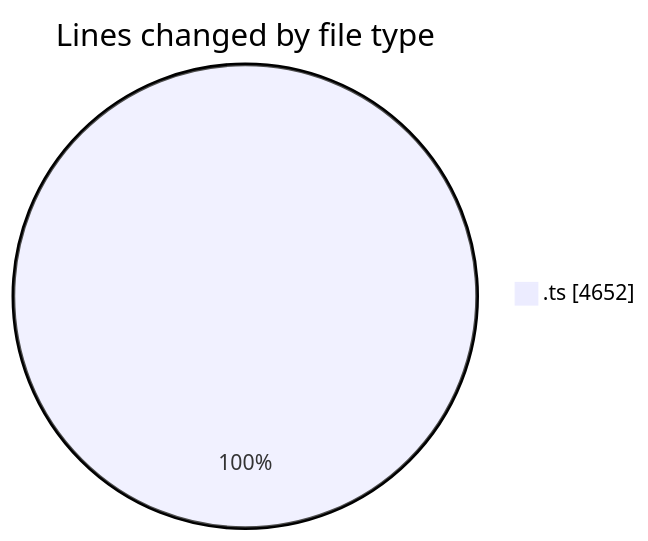
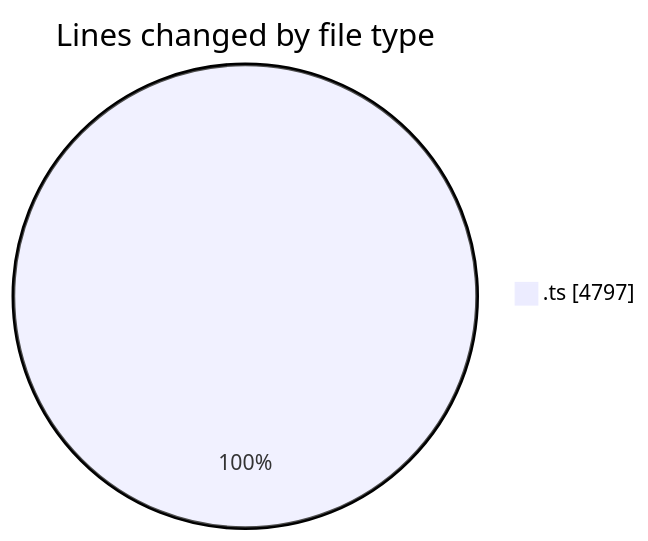
One commit to momahboobian/code-tracking changed the first of 2 diagrams in 2025-06-24/cda/README.md. Above: the diagram before and after it, drawn with Mermaid. The commit also changed other lines of this file and 1 other file, not shown here.

````diff
--- a/2025-06-24/cda/README.md
+++ b/2025-06-24/cda/README.md
@@ -24,5 +24,5 @@
 ```mermaid
 pie showData
 title Lines changed by file type
-".ts" : 4652
+".ts" : 4797
 ```
````
